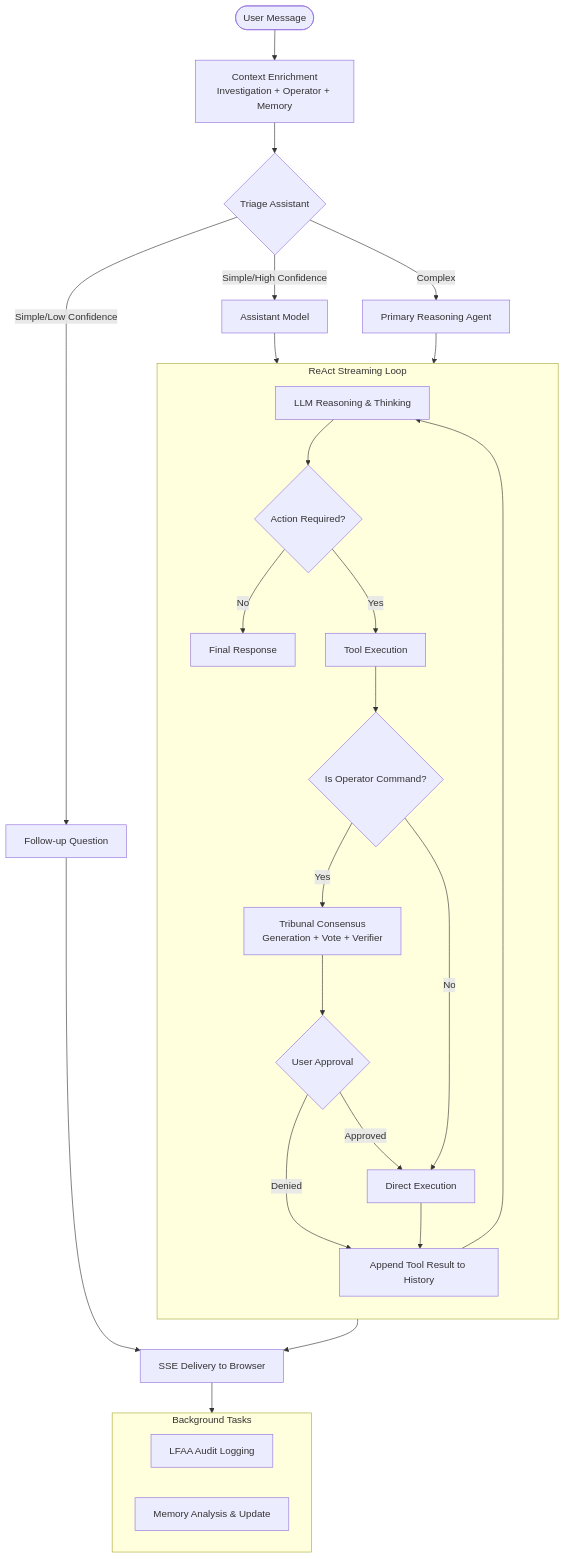
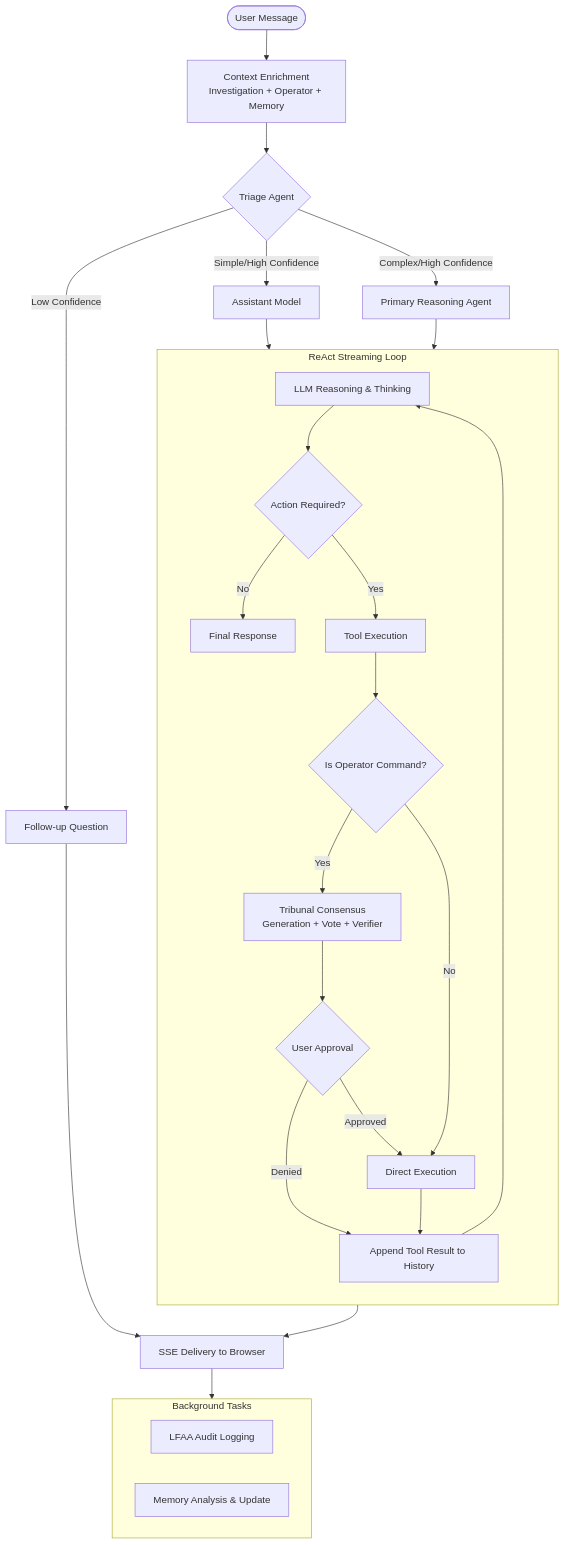
One commit to g8e-ai/g8e changed the first of 4 diagrams in docs/architecture/ai_agents.md. Above: the diagram before and after it, drawn with Mermaid. The commit also changed other lines of this file and 21 other files, not shown here.

````diff
--- a/docs/architecture/ai_agents.md
+++ b/docs/architecture/ai_agents.md
@@ -27,40 +27,40 @@
 ```mermaid
 flowchart TD
     Start([User Message]) --> Context[Context Enrichment<br/>Investigation + Operator + Memory]
-    Context --> Triage{Triage Assistant}
+    Context --> Triage{Triage Agent}
     
-    Triage -- Simple/Low Confidence --> FollowUp[Follow-up Question]
+    Triage -- Low Confidence --> FollowUp[Follow-up Question]
     Triage -- Simple/High Confidence --> Asst[Assistant Model]
-    Triage -- Complex --> Primary[Primary Reasoning Agent]
+    Triage -- Complex/High Confidence --> Primary[Primary Reasoning Agent]
     
     FollowUp --> SSE
     Asst --> Loop
     Primary --> Loop
     
     subgraph Loop [ReAct Streaming Loop]
         direction TB
         Reason[LLM Reasoning & Thinking] --> Action{Action Required?}
         Action -- No --> Finish[Final Response]
         Action -- Yes --> Tool[Tool Execution]
         
         Tool --> Command{Is Operator Command?}
         Command -- Yes --> Tribunal[Tribunal Consensus<br/>Generation + Vote + Verifier]
         Command -- No --> Exec[Direct Execution]
         
         Tribunal --> Approval{User Approval}
         Approval -- Denied --> FeedBack[Tool Error/Cancel]
         Approval -- Approved --> Exec
         
         Exec --> FeedBack[Append Tool Result to History]
         FeedBack --> Reason
     end
     
     Finish --> SSE[SSE Delivery to Browser]
     SSE --> Post[Post-Turn Processing]
     
     subgraph Post [Background Tasks]
         direction LR
         Audit[LFAA Audit Logging]
         Mem[Memory Analysis & Update]
     end
 ```
````
